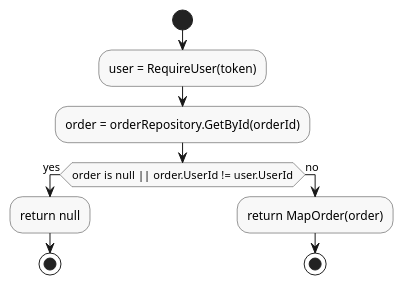
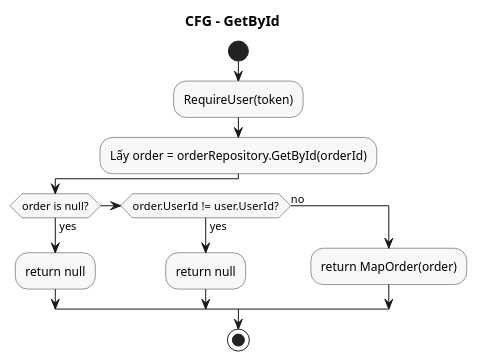
Before and after one commit to linhp7448-png/ShopdecorBee: the diagram in HomeDecorShop/CFG/OrderService_GetById.puml, drawn with PlantUML.

Commit message:
Refactor UML for GetById

```diff
--- a/HomeDecorShop/CFG/OrderService_GetById.puml
+++ b/HomeDecorShop/CFG/OrderService_GetById.puml
@@ -1,17 +1,19 @@
 @startuml OrderService_GetById
 skinparam activity {
   BackgroundColor #F8F8F8
   BorderColor #333333
 }
 
+title CFG - GetById
 start
-:user = RequireUser(token);
-:order = orderRepository.GetById(orderId);
-if (order is null || order.UserId != user.UserId) then (yes)
+:RequireUser(token);
+:Lấy order = orderRepository.GetById(orderId);
+if (order is null?) then (yes)
   :return null;
-  stop
+else if (order.UserId != user.UserId?) then (yes)
+  :return null;
 else (no)
   :return MapOrder(order);
-  stop
 endif
+stop
 @enduml
```
